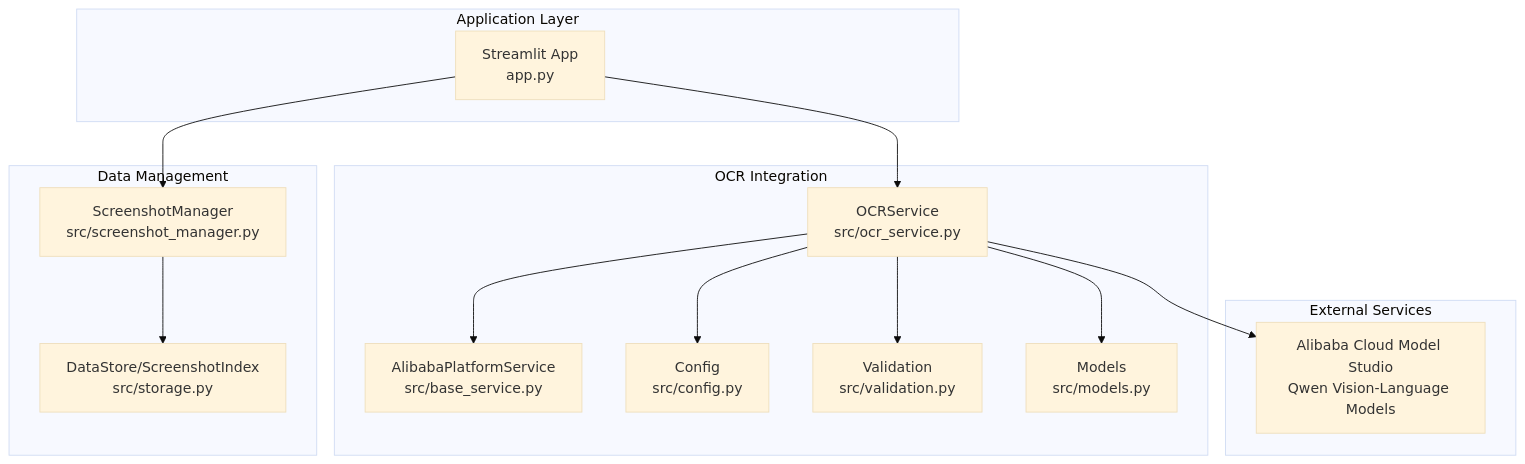
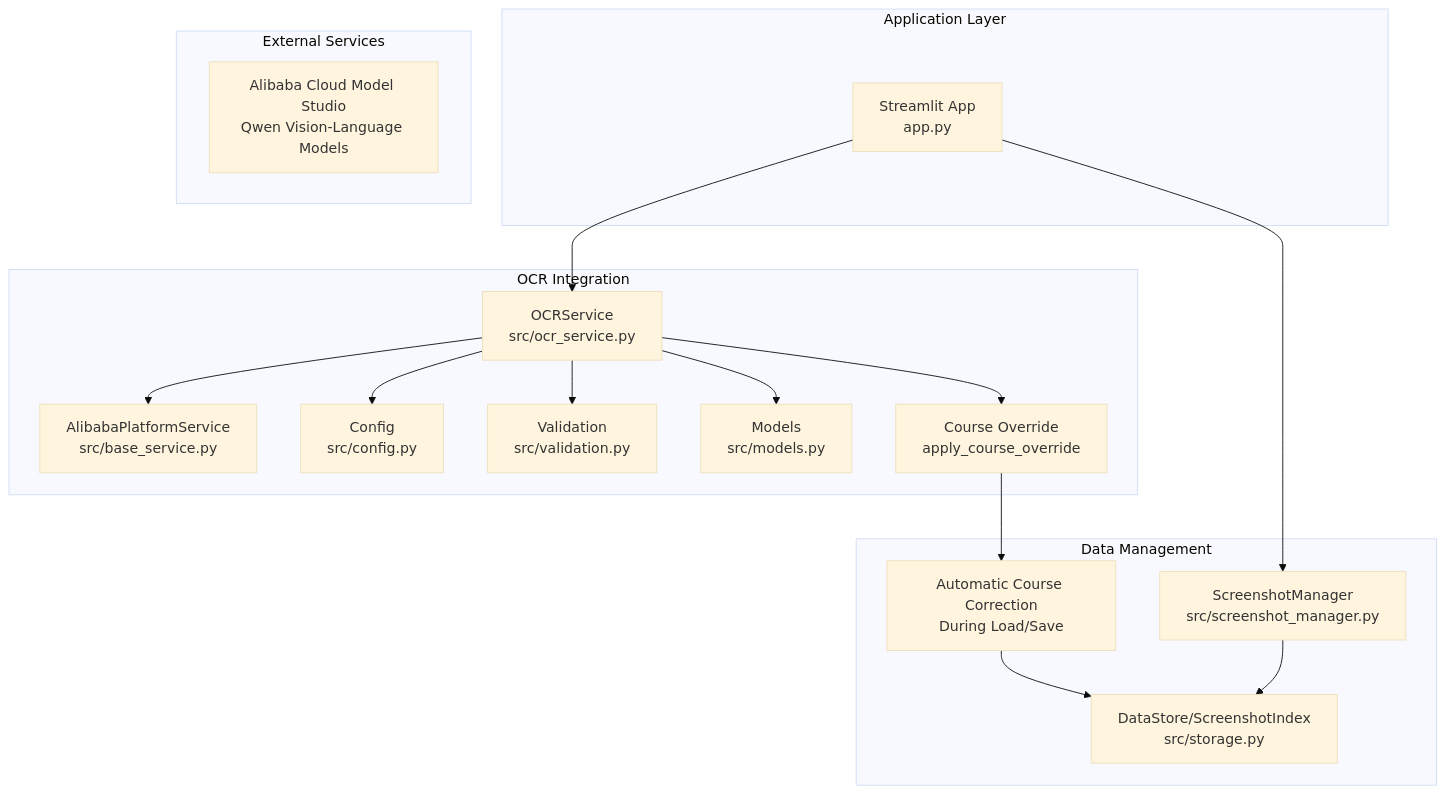
One commit to Johnny22056/SwimingStatus changed the first of 9 diagrams in .qoder/repowiki/en/content/Feature Modules/OCR Integration.md. Above: the diagram before and after it, drawn with Mermaid (base theme). The commit also changed other lines of this file and 4 other files, not shown here.

First line of the commit message:
feat: UI polish across all pages, icon updates, course override additions

````diff
--- a/.qoder/repowiki/en/content/Feature Modules/OCR Integration.md
+++ b/.qoder/repowiki/en/content/Feature Modules/OCR Integration.md
@@ -51,28 +55,32 @@
 ```mermaid
 graph TB
 subgraph "Application Layer"
 UI["Streamlit App<br/>app.py"]
 end
 subgraph "OCR Integration"
 OCR["OCRService<br/>src/ocr_service.py"]
 BASE["AlibabaPlatformService<br/>src/base_service.py"]
 CFG["Config<br/>src/config.py"]
 VAL["Validation<br/>src/validation.py"]
 M["Models<br/>src/models.py"]
+CO["Course Override<br/>apply_course_override"]
 end
 subgraph "Data Management"
 SM["ScreenshotManager<br/>src/screenshot_manager.py"]
 DS["DataStore/ScreenshotIndex<br/>src/storage.py"]
+ENDOVERRIDE["Automatic Course Correction<br/>During Load/Save"]
 end
 subgraph "External Services"
 ALI["Alibaba Cloud Model Studio<br/>Qwen Vision-Language Models"]
 end
 UI --> SM
 UI --> OCR
 OCR --> BASE
 OCR --> CFG
 OCR --> VAL
 OCR --> M
-OCR --> ALI
+OCR --> CO
+CO --> ENDOVERRIDE
+ENDOVERRIDE --> DS
 SM --> DS
 ```
````
